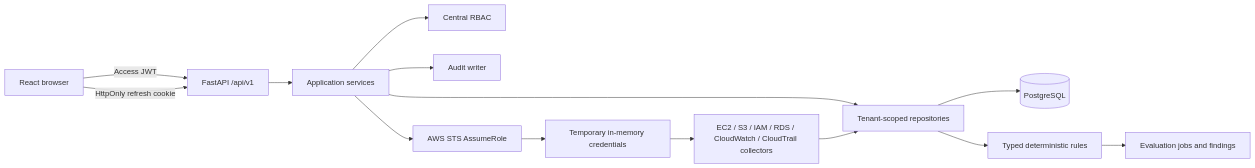
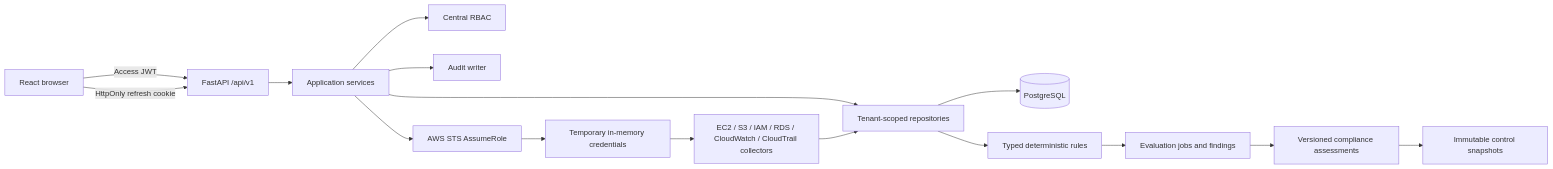
One commit to cloudops-project/CloudOps changed the first of 2 diagrams in architecture.md. Above: the diagram before and after it, drawn with Mermaid. The commit also changed other lines of this file and 19 other files, not shown here.

Commit message:
docs(compliance): document Stage 5 architecture

````diff
--- a/architecture.md
+++ b/architecture.md
@@ -27,16 +27,18 @@
 ```mermaid
 flowchart LR
   Browser["React browser"] -->|"Access JWT"| API["FastAPI /api/v1"]
   Browser -->|"HttpOnly refresh cookie"| API
   API --> Services["Application services"]
   Services --> RBAC["Central RBAC"]
   Services --> Repos["Tenant-scoped repositories"]
   Repos --> DB[("PostgreSQL")]
   Services --> Audit["Audit writer"]
   Services --> STS["AWS STS AssumeRole"]
   STS --> Temp["Temporary in-memory credentials"]
   Temp --> Collectors["EC2 / S3 / IAM / RDS / CloudWatch / CloudTrail collectors"]
   Collectors --> Repos
   Repos --> Rules["Typed deterministic rules"]
   Rules --> Findings["Evaluation jobs and findings"]
+  Findings --> Compliance["Versioned compliance assessments"]
+  Compliance --> Snapshots["Immutable control snapshots"]
 ```
````
